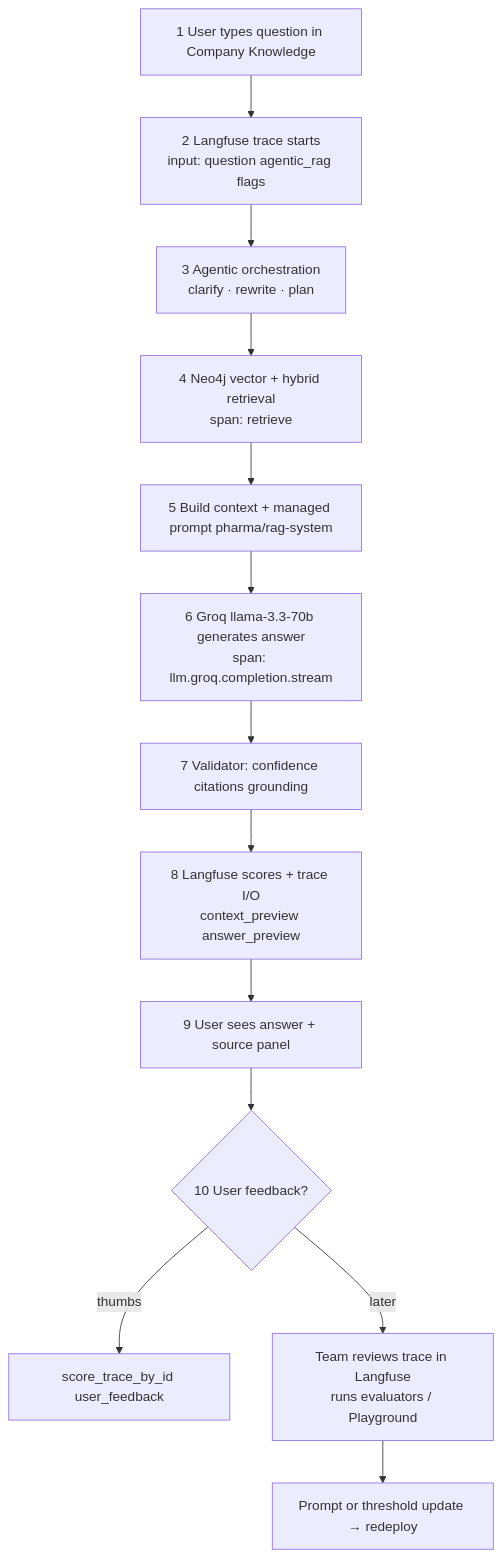
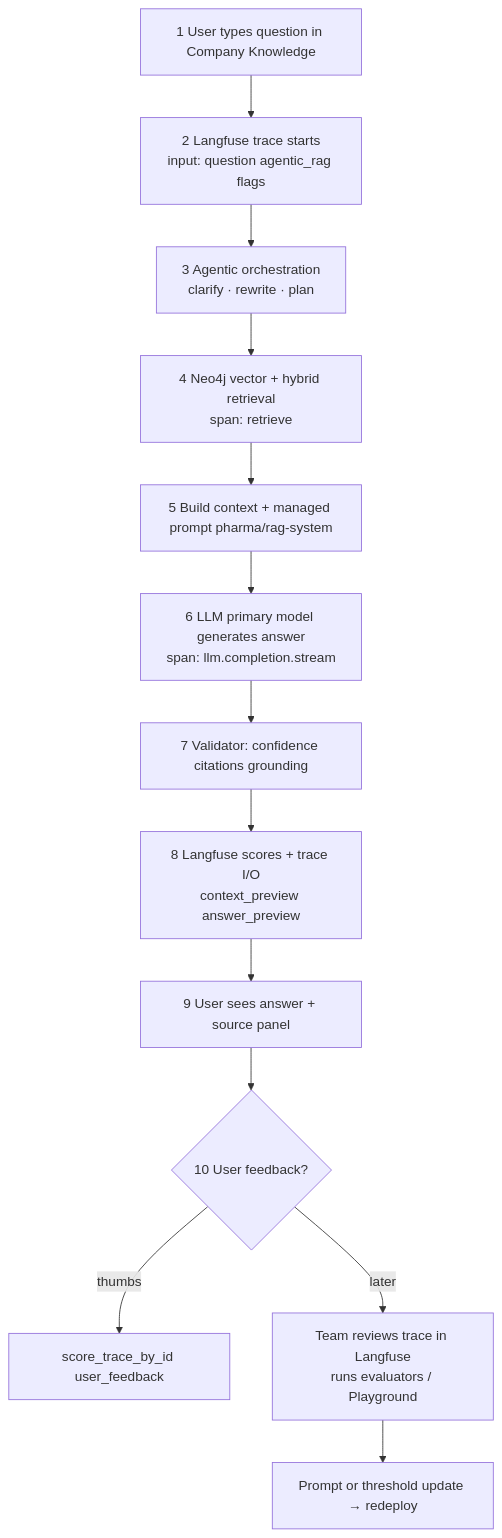
One commit to mdevaraju99/Langfuse-retention_openobserve_pharmahub changed the eighth of 9 diagrams in docs/AIOPS_ARCHITECTURE.md. Above: the diagram before and after it, drawn with Mermaid. The commit also changed other lines of this file and 50 other files, not shown here.

````diff
--- a/docs/AIOPS_ARCHITECTURE.md
+++ b/docs/AIOPS_ARCHITECTURE.md
@@ -307,15 +432,15 @@
 ```mermaid
 flowchart TD
     A[1 User types question in Company Knowledge] --> B[2 Langfuse trace starts<br/>input: question agentic_rag flags]
     B --> C[3 Agentic orchestration<br/>clarify · rewrite · plan]
     C --> D[4 Neo4j vector + hybrid retrieval<br/>span: retrieve]
     D --> E[5 Build context + managed prompt pharma/rag-system]
-    E --> F[6 Groq llama-3.3-70b generates answer<br/>span: llm.groq.completion.stream]
+    E --> F[6 LLM primary model generates answer<br/>span: llm.completion.stream]
     F --> G[7 Validator: confidence citations grounding]
     G --> H[8 Langfuse scores + trace I/O<br/>context_preview answer_preview]
     H --> I[9 User sees answer + source panel]
     I --> J{10 User feedback?}
     J -->|thumbs| K[score_trace_by_id user_feedback]
     J -->|later| L[Team reviews trace in Langfuse<br/>runs evaluators / Playground]
     L --> M[Prompt or threshold update → redeploy]
 ```
````
